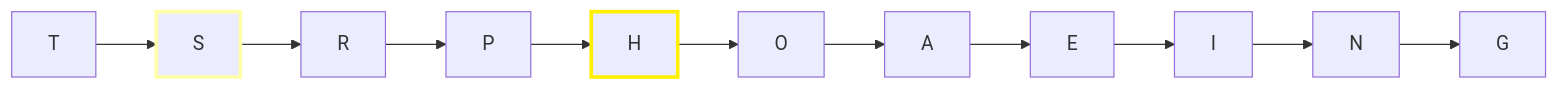
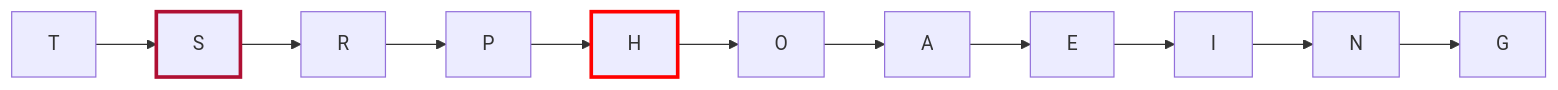
Before and after one commit to west7/EDA2: the tenth of 18 diagrams in README.md, drawn with Mermaid. The commit also changed other lines of this file, not shown here.

Commit message:
update graph section

````diff
--- a/README.md
+++ b/README.md
@@ -578,7 +579,7 @@
 ```mermaid
     graph LR;
     T --> S --> R --> P --> H --> O --> A --> E --> I --> N --> G
 
-    style H stroke-width: 3px, stroke: #FFF000
-    style S stroke-width: 3px, stroke: #FFFFA7
+    style H stroke-width: 3px, stroke: #FF0000
+    style S stroke-width: 3px, stroke: #AF0F33
 ```
````
